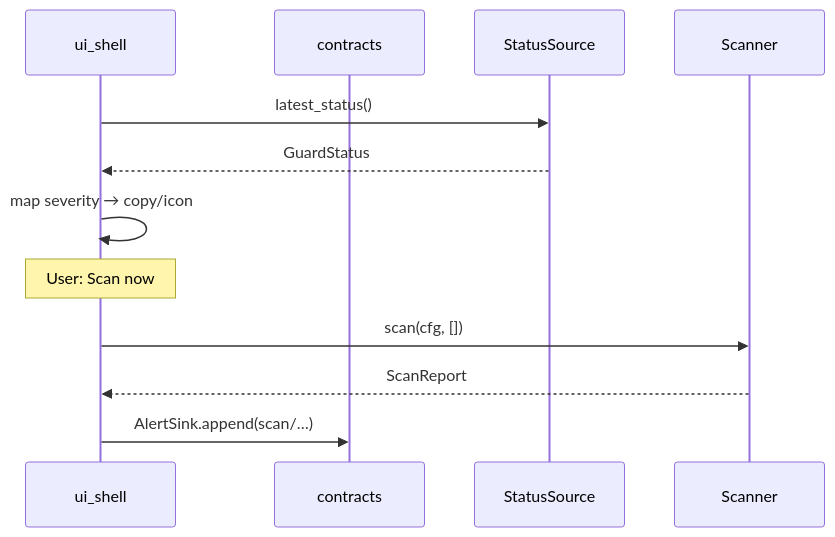
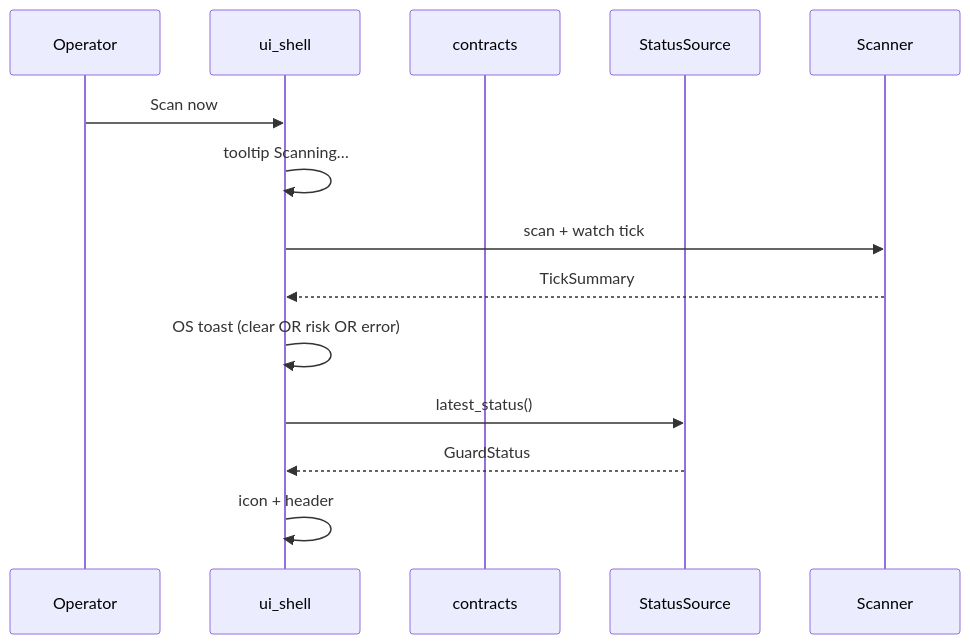
One commit to dshoneys/mcp_guard changed the second of 2 diagrams in doc/ux/REQ-TRAY-UI/flows.md. Above: the diagram before and after it, drawn with Mermaid. The commit also changed other lines of this file and 78 other files, not shown here.

First line of the commit message:
Release v0.1.0-beta.1: tray dashboard, MCP-only scan risks, vault, minimize-to-tray.

````diff
--- a/doc/ux/REQ-TRAY-UI/flows.md
+++ b/doc/ux/REQ-TRAY-UI/flows.md
@@ -19,14 +23,16 @@
 ```mermaid
 sequenceDiagram
+  participant Op as Operator
   participant Tray as ui_shell
   participant Ports as contracts
   participant Src as StatusSource
   participant Scan as Scanner
+  Op->>Tray: Scan now
+  Tray->>Tray: tooltip Scanning…
+  Tray->>Scan: scan + watch tick
+  Scan-->>Tray: TickSummary
+  Tray->>Tray: OS toast (clear OR risk OR error)
   Tray->>Src: latest_status()
   Src-->>Tray: GuardStatus
-  Tray->>Tray: map severity → copy/icon
-  Note over Tray: User: Scan now
-  Tray->>Scan: scan(cfg, [])
-  Scan-->>Tray: ScanReport
-  Tray->>Ports: AlertSink.append(scan/…)
+  Tray->>Tray: icon + header
 ```
````
